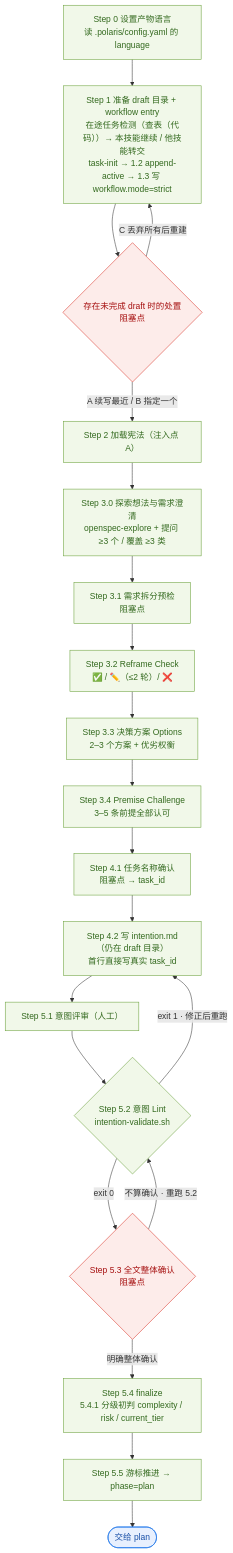
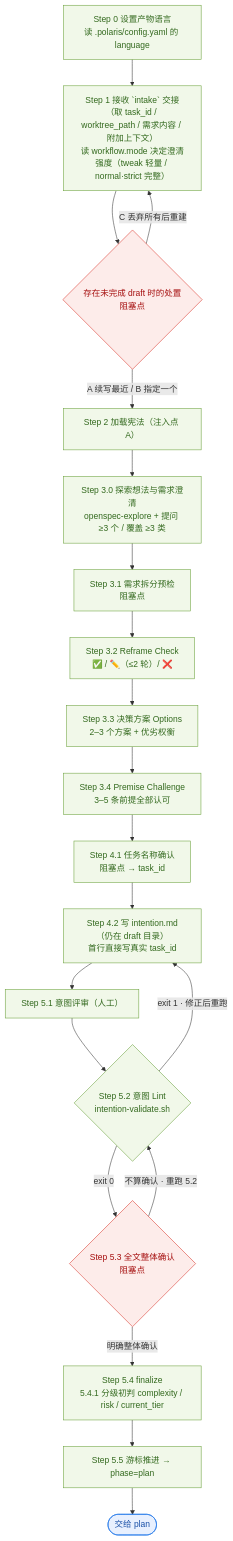
The fourth of 12 diagrams in docs/architecture/coding-workflow-flows.md (incodingless/polaris-flow), drawn with Mermaid before and after one commit. The commit also changed other lines of this file and 46 other files, not shown here.

````diff
--- a/docs/architecture/coding-workflow-flows.md
+++ b/docs/architecture/coding-workflow-flows.md
@@ -243,30 +231,30 @@
 ```mermaid
 flowchart TD
     S0["Step 0 设置产物语言<br/>读 .polaris/config.yaml 的 language"]
-    S0 --> S1["Step 1 准备 draft 目录 + workflow entry<br/>在途任务检测（查表（代码））→ 本技能继续 / 他技能转交<br/>task-init → 1.2 append-active → 1.3 写 workflow.mode=strict"]
+    S0 --> S1["Step 1 接收 `intake` 交接（取 task_id / worktree_path / 需求内容 / 附加上下文）<br/>读 workflow.mode 决定澄清强度（tweak 轻量 / normal·strict 完整）"]
     S1 --> SC1{"存在未完成 draft 时的处置<br/>阻塞点"}
     SC1 -->|"C 丢弃所有后重建"| S1
     SC1 -->|"A 续写最近 / B 指定一个"| S2["Step 2 加载宪法（注入点 A）"]
     S2 --> S30["Step 3.0 探索想法与需求澄清<br/>openspec-explore + 提问 ≥3 个 / 覆盖 ≥3 类"]
     S30 --> S31["Step 3.1 需求拆分预检<br/>阻塞点"]
     S31 --> S32["Step 3.2 Reframe Check<br/>✅ / ✏️（≤2 轮）/ ❌"]
     S32 --> S33["Step 3.3 决策方案 Options<br/>2–3 个方案 + 优劣权衡"]
     S33 --> S34["Step 3.4 Premise Challenge<br/>3–5 条前提全部认可"]
     S34 --> S41["Step 4.1 任务名称确认<br/>阻塞点 → task_id"]
     S41 --> S42["Step 4.2 写 intention.md（仍在 draft 目录）<br/>首行直接写真实 task_id"]
     S42 --> S51["Step 5.1 意图评审（人工）"]
     S51 --> S52{"Step 5.2 意图 Lint<br/>intention-validate.sh"}
     S52 -->|"exit 1 · 修正后重跑"| S42
     S52 -->|"exit 0"| S53{"Step 5.3 全文整体确认<br/>阻塞点"}
     S53 -->|"不算确认 · 重跑 5.2"| S52
     S53 -->|"明确整体确认"| S54["Step 5.4 finalize<br/>5.4.1 分级初判 complexity / risk / current_tier"]
     S54 --> S55["Step 5.5 游标推进 → phase=plan"]
     S55 --> SNEXT(["交给 plan"])
 
     classDef step fill:#f1f8e9,stroke:#689f38,color:#33691e
     classDef gate fill:#fdecea,stroke:#d93025,color:#a50e0e
     classDef out fill:#e8f0fe,stroke:#1a73e8,color:#174ea6
     class S0,S1,S2,S30,S31,S32,S33,S34,S41,S42,S51,S52,S54,S55 step
     class SC1,S53 gate
     class SNEXT out
 ```
````
